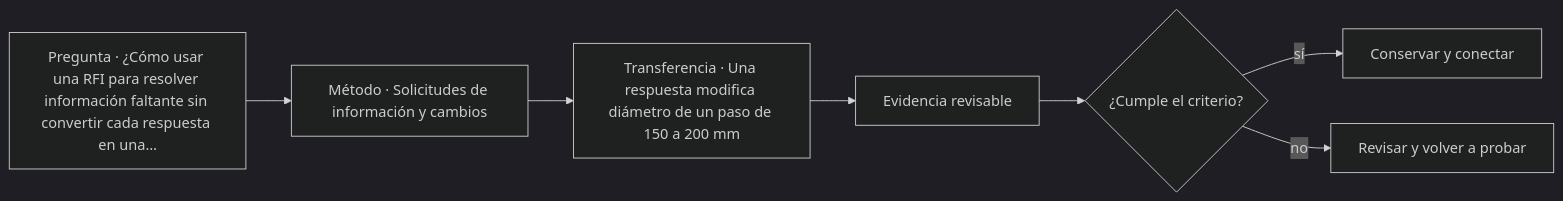
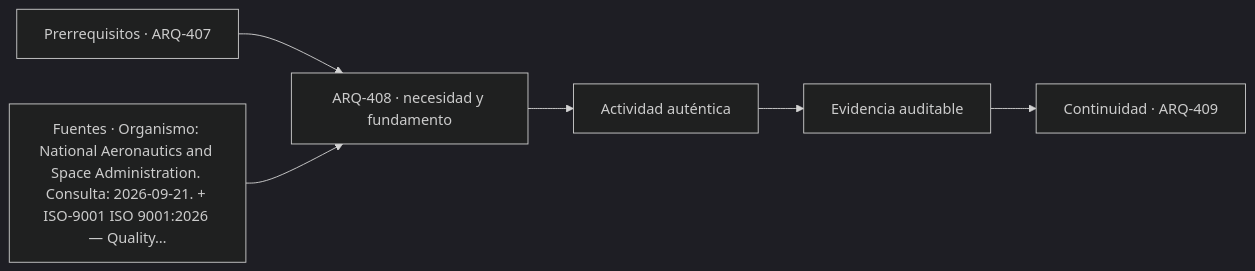
Before and after one commit to vladimiracunadev-create/architecture-built-environment-learning-program: the diagram in classes/parte-41/ARQ-408.md, drawn with Mermaid (dark theme). The commit also changed other lines of this file and 761 other files, not shown here.

````diff
--- a/classes/parte-41/ARQ-408.md
+++ b/classes/parte-41/ARQ-408.md
@@ -91,9 +103,8 @@
 ```mermaid
 flowchart LR
-    Q["Pregunta · ¿Cómo usar una RFI para resolver información faltante sin convertir cada respuesta en una…"] --> M["Método · Solicitudes de información y cambios"]
-    M --> P["Transferencia · Una respuesta modifica diámetro de un paso de 150 a 200 mm"]
-    P --> E["Evidencia revisable"]
-    E --> C{"¿Cumple el criterio?"}
-    C -->|sí| T["Conservar y conectar"]
-    C -->|no| R["Revisar y volver a probar"]
+    A["Prerrequisitos · ARQ-407"] --> B["ARQ-408 · necesidad y fundamento"]
+    S["Fuentes · Organismo: National Aeronautics and Space Administration. Consulta: 2026-09-21. + ISO-9001 ISO 9001:2026 — Quality…"] --> B
+    B --> C["Actividad auténtica"]
+    C --> D["Evidencia auditable"]
+    D --> E["Continuidad · ARQ-409"]
 ```
````
